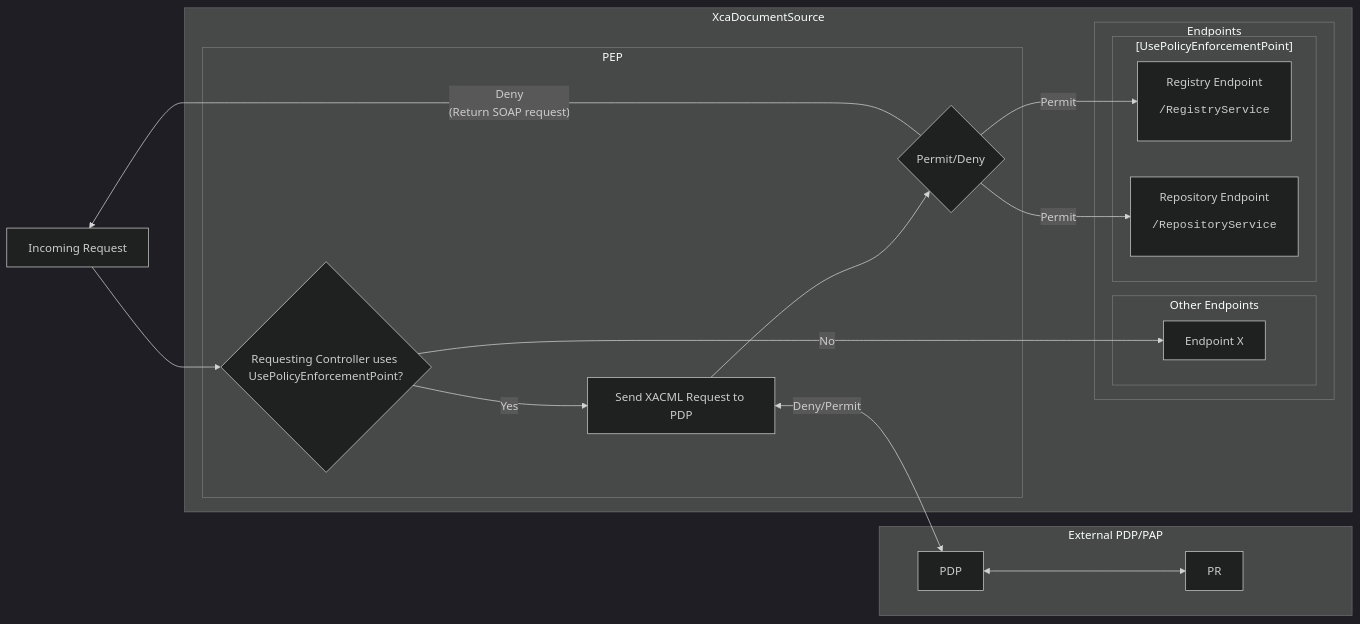
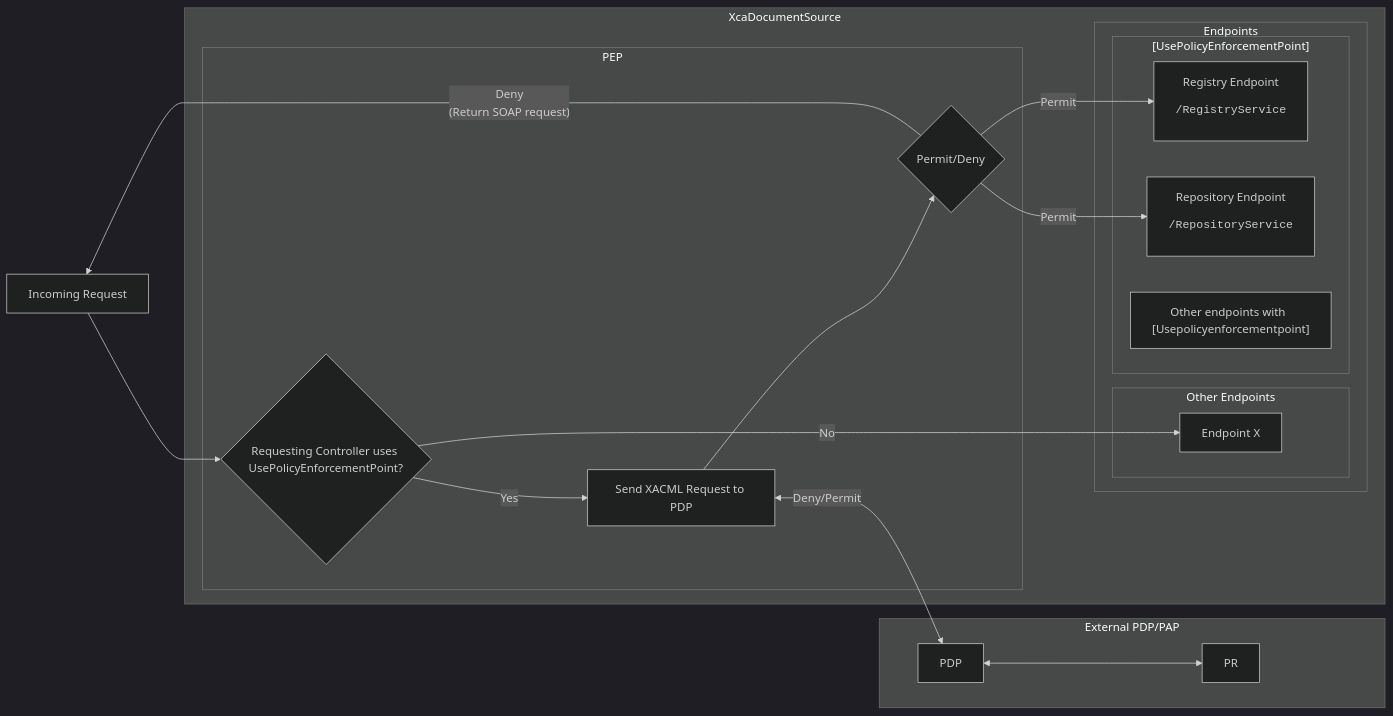
One commit to timmo-nhn/XcaDocumentSource changed the third of 3 diagrams in Docs/TechnicalImplementation.md. Above: the diagram before and after it, drawn with Mermaid. The commit also changed other lines of this file and 46 other files, not shown here.

````diff
--- a/Docs/TechnicalImplementation.md
+++ b/Docs/TechnicalImplementation.md
@@ -125,47 +152,48 @@
 ```mermaid
 %%{init: {'theme':'dark'}}%%
 
 flowchart LR
 
 incomingrequest[Incoming Request]
 
 subgraph "External PDP/PAP"
     pdp[PDP] 
     pr[PR]
 end
 
 subgraph "XcaDocumentSource"
     subgraph "PEP"
         pep{Requesting Controller uses UsePolicyEnforcementPoint?}
         sendpeprequest[Send XACML Request to PDP]
         permitdeny{Permit/Deny}
 
     end
     
     subgraph "Endpoints"
         subgraph "Other Endpoints"
             epx[Endpoint X]
         end
         subgraph "[UsePolicyEnforcementPoint]"
             regep[Registry Endpoint<br><pre>/RegistryService]
             repep[Repository Endpoint<br><pre>/RepositoryService]
+            othr["Other endpoints with  [Usepolicyenforcementpoint]"]
 
         end
     end
 
 end
 incomingrequest-->pep
 
 pep -- Yes --> sendpeprequest
 pep -- No --> epx
 
 sendpeprequest <--Deny/Permit--> pdp
 
 pdp <--> pr
 
 sendpeprequest-->permitdeny
 permitdeny --Deny<br>(Return SOAP request)--> incomingrequest
 permitdeny --Permit-->regep
 permitdeny --Permit-->repep
 
 ```
````
